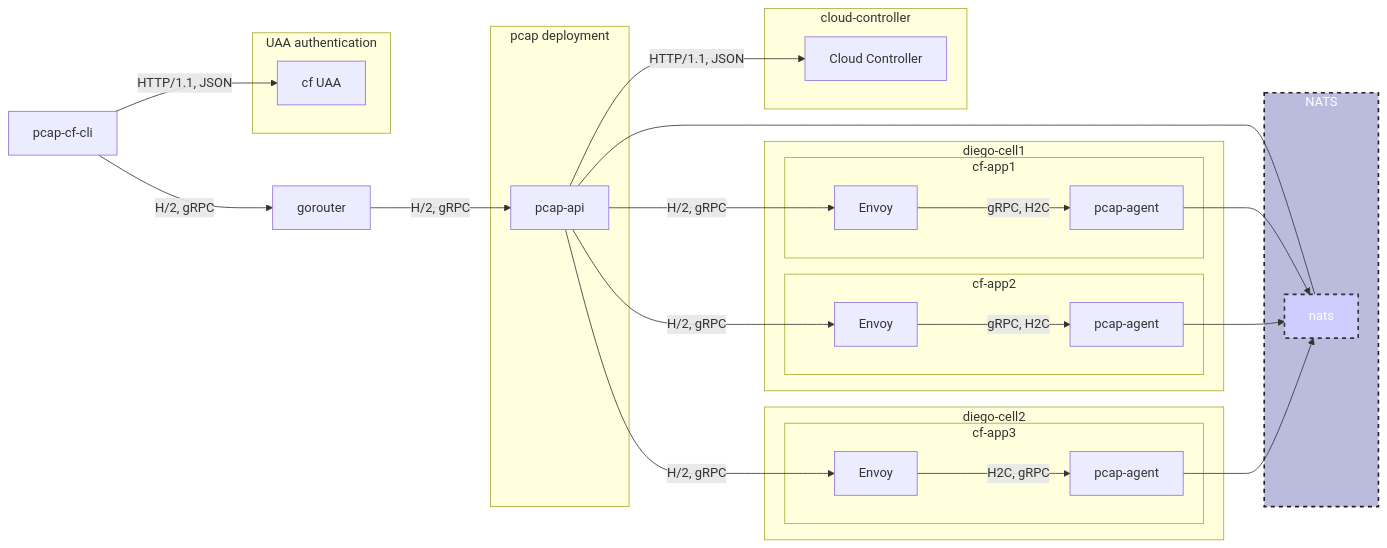
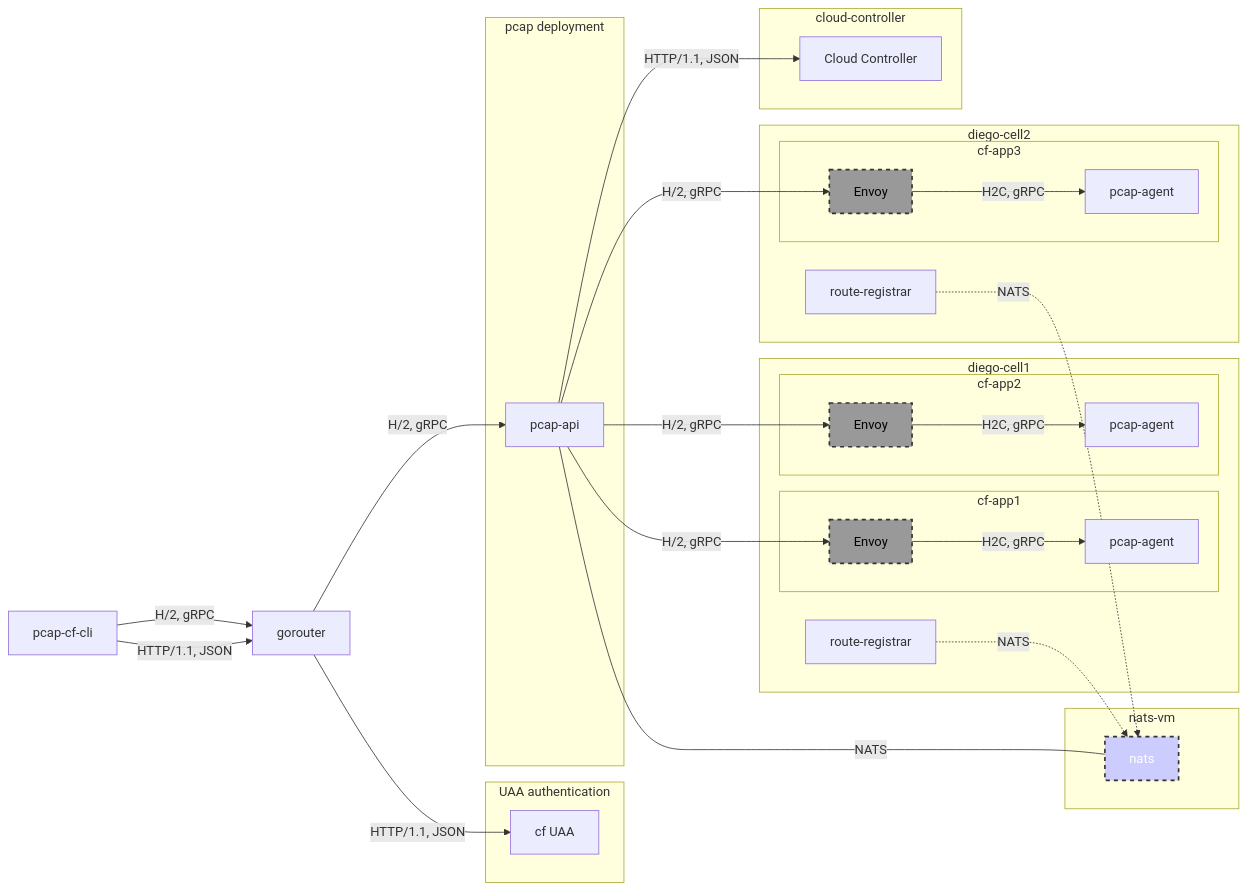
One commit to cloudfoundry/pcap-release changed the first of 21 diagrams in docs/api-communication-spec.md. Above: the diagram before and after it, drawn with Mermaid. The commit also changed other lines of this file, not shown here.

Commit message:
docs(api): Address review comments

````diff
--- a/docs/api-communication-spec.md
+++ b/docs/api-communication-spec.md
@@ -57,42 +59,49 @@
 ```mermaid
 flowchart LR
     subgraph UAA authentication
         cf[cf UAA]
     end
+
+  style nats fill:#ccf,stroke:#333,stroke-width:2px,color:#fff,stroke-dasharray: 5 5
+  style c1e fill:#999,stroke:#333,stroke-width:2px,color:#000,stroke-dasharray: 5 5
+  style c2e fill:#999,stroke:#333,stroke-width:2px,color:#000,stroke-dasharray: 5 5
+  style c3e fill:#999,stroke:#333,stroke-width:2px,color:#000,stroke-dasharray: 5 5
+
+  subgraph nats-vm
+    nats
+  end
+
+
+  gorouter -->|HTTP/1.1, JSON| cf[cf UAA]
+  pcap-cf-cli -->|H/2, gRPC| gorouter
+  pcap-cf-cli -->|HTTP/1.1, JSON| gorouter
+  gorouter -->|H/2, gRPC| pcap-api
+    pcap-api ---|NATS| nats
+    subgraph pcap deployment
+      pcap-api
+    end
     
-    style nats fill:#ccf,stroke:#333,stroke-width:2px,color:#fff,stroke-dasharray: 5 5
-    style NATS fill:#bbd,stroke:#222,stroke-width:2px,color:#fff,stroke-dasharray: 5 5
-    
-    pcap-cf-cli -->|HTTP/1.1, JSON| cf[cf UAA]
-    pcap-cf-cli -->|H/2, gRPC| gorouter
-    gorouter -->|H/2, gRPC| pcap-api
-    pcap-api --- nats
-    subgraph pcap deployment
-        pcap-api
-    end
-    subgraph NATS
-        nats[nats]
-    end
     subgraph diego-cell1
         subgraph cf-app1
             pcap-api -->|H/2, gRPC| c1e[Envoy]
-            c1e -->|gRPC, H2C| c1[pcap-agent]
-            c1[pcap-agent] --> nats
-        end 
-        subgraph cf-app2
+            c1e -->|H2C, gRPC| c1[pcap-agent]
+        end
+        
+      subgraph cf-app2
             pcap-api -->|H/2, gRPC| c2e[Envoy]
-            c2e -->|gRPC, H2C| c2[pcap-agent]
-            c2[pcap-agent] --> nats
-        end 
+        c2e -->|H2C, gRPC| c2[pcap-agent]
+      end
+      route-registrar1[route-registrar] -.->|NATS| nats
     end
     subgraph diego-cell2
         subgraph cf-app3
             pcap-api -->|H/2, gRPC| c3e[Envoy]
             c3e -->|H2C, gRPC| c3[pcap-agent]
-            c3[pcap-agent] --> nats
-        end 
+        end
+      route-registrar2[route-registrar] -.->|NATS| nats
     end
     subgraph cloud-controller
-        pcap-api -->|HTTP/1.1, JSON| cc[Cloud Controller]
+      pcap-api -->|HTTP/1.1, JSON| cc[Cloud Controller]
     end
+
 ```
````
